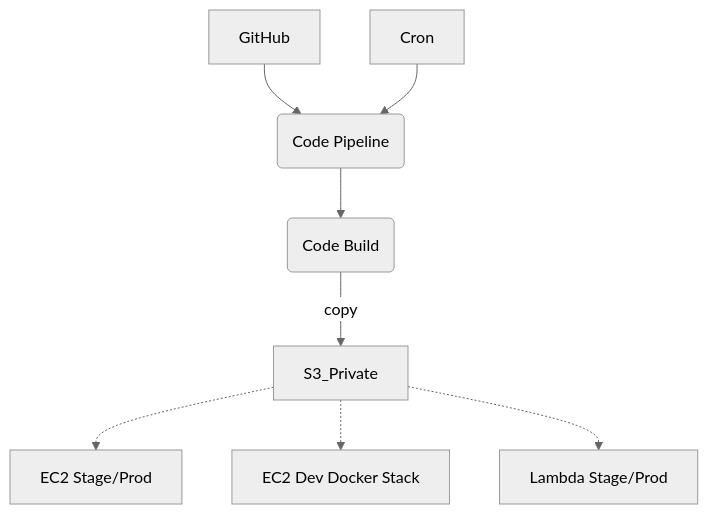
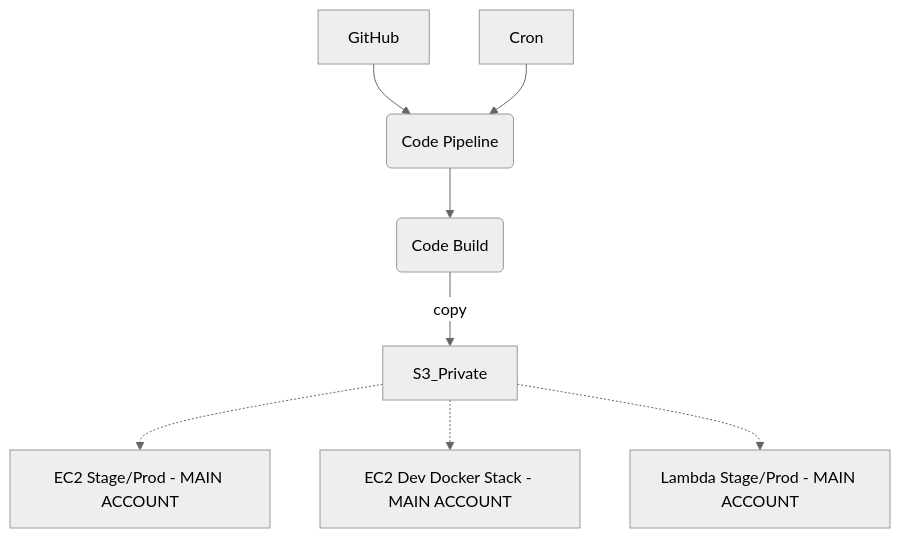
Before and after one commit to CDLUC3/mrt-doc: diagram 11 of 11 in design/aws-build/README.md, drawn with Mermaid (neutral theme). The commit also changed other lines of this file, not shown here.

````diff
--- a/design/aws-build/README.md
+++ b/design/aws-build/README.md
@@ -318,16 +318,16 @@
 ```mermaid
 graph TD
   GitHub --> Pipeline
   Cron --> Pipeline
   Pipeline(Code Pipeline)
   Pipeline --> Build
   Build(Code Build)
   S3_Private
   Build --> |copy| S3_Private
-  EC2[EC2 Stage/Prod]
-  EC2_Dev[EC2 Dev Docker Stack]
-  Lambda[Lambda Stage/Prod]
+  EC2[EC2 Stage/Prod - MAIN ACCOUNT]
+  EC2_Dev[EC2 Dev Docker Stack - MAIN ACCOUNT]
+  Lambda[Lambda Stage/Prod - MAIN ACCOUNT]
   S3_Private -.-> EC2
   S3_Private -.-> EC2_Dev
   S3_Private -.-> Lambda
 ```
````
